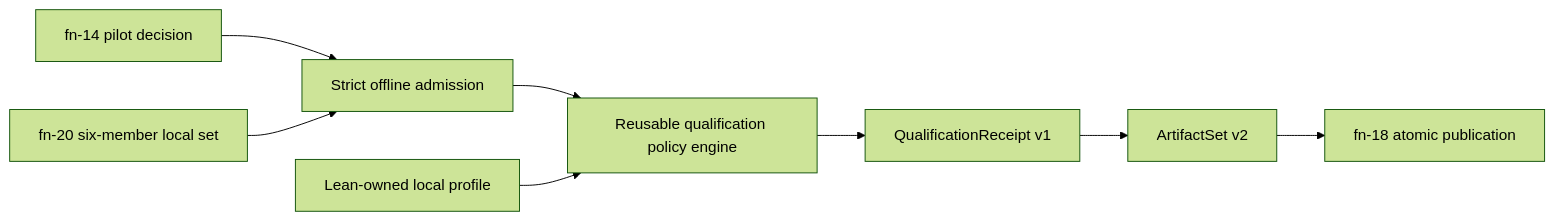
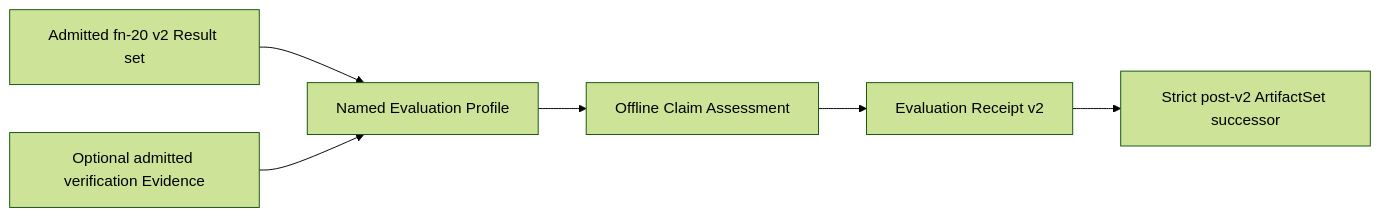
Before and after one commit to stephanos/temporal: the diagram in .flow/specs/fn-26-local-qualification-receipts-and-staged.md, drawn with Mermaid (forest theme). The commit also changed other lines of this file and 277 other files, not shown here.

````diff
--- a/.flow/specs/fn-26-local-qualification-receipts-and-staged.md
+++ b/.flow/specs/fn-26-local-qualification-receipts-and-staged.md
@@ -40,10 +13,8 @@
 ```mermaid
 flowchart LR
-  P[fn-14 pilot decision] --> A[Strict offline admission]
-  S[fn-20 six-member local set] --> A
-  A --> Q[Reusable qualification policy engine]
-  L[Lean-owned local profile] --> Q
-  Q --> R[QualificationReceipt v1]
-  R --> V[ArtifactSet v2]
-  V --> Pub[fn-18 atomic publication]
+  A[Admitted fn-20 v2 Result set] --> B[Named Evaluation Profile]
+  V[Optional admitted verification Evidence] --> B
+  B --> C[Offline Claim Assessment]
+  C --> R[Evaluation Receipt v2]
+  R --> S[Strict post-v2 ArtifactSet successor]
 ```
````
